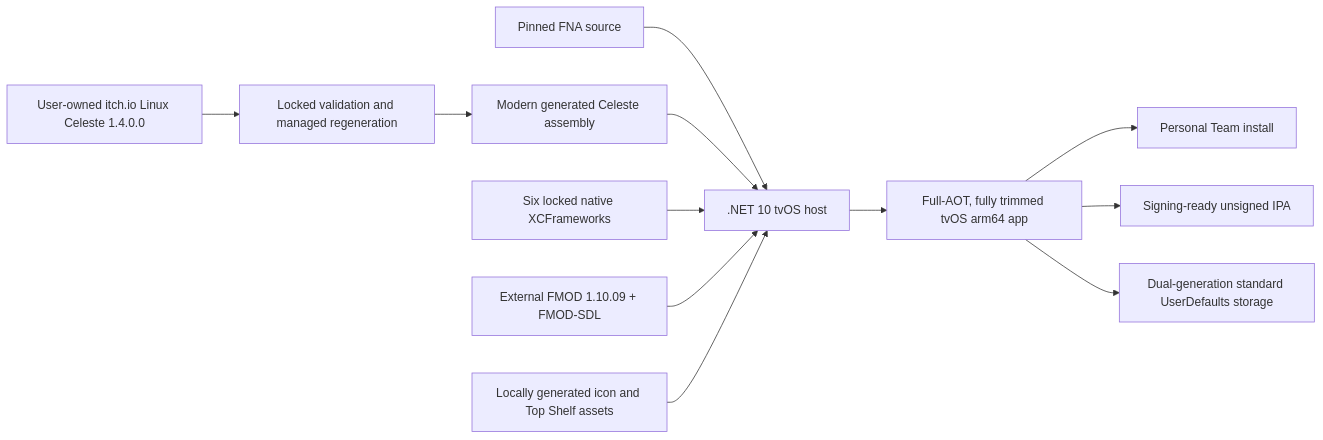
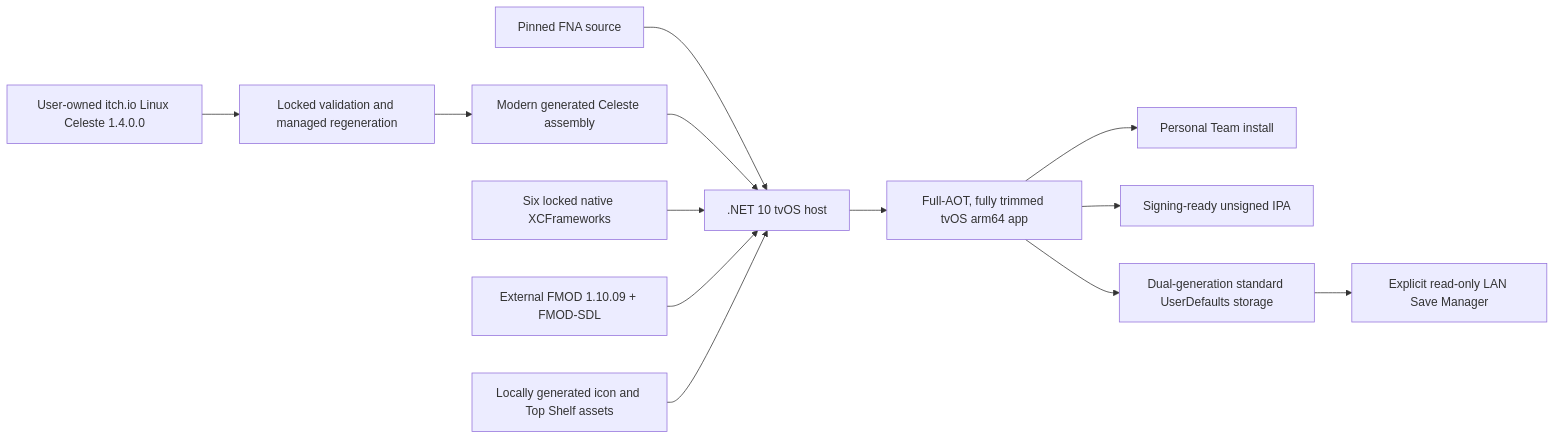
One commit to hmcneill46/celeste-ios changed the diagram in docs/STATUS.md. Above: the diagram before and after it, drawn with Mermaid. The commit also changed other lines of this file and 23 other files, not shown here.

Commit message:
feat: add read-only tvOS save manager

````diff
--- a/docs/STATUS.md
+++ b/docs/STATUS.md
@@ -31,14 +31,15 @@
 ```mermaid
 flowchart LR
     U["User-owned itch.io Linux Celeste 1.4.0.0"] --> G["Locked validation and managed regeneration"]
     G --> C["Modern generated Celeste assembly"]
     F["Pinned FNA source"] --> H[".NET 10 tvOS host"]
     C --> H
     N["Six locked native XCFrameworks"] --> H
     M["External FMOD 1.10.09 + FMOD-SDL"] --> H
     A["Locally generated icon and Top Shelf assets"] --> H
     H --> P["Full-AOT, fully trimmed tvOS arm64 app"]
     P --> D["Personal Team install"]
     P --> I["Signing-ready unsigned IPA"]
     P --> S["Dual-generation standard UserDefaults storage"]
+    S --> W["Explicit read-only LAN Save Manager"]
 ```
````
